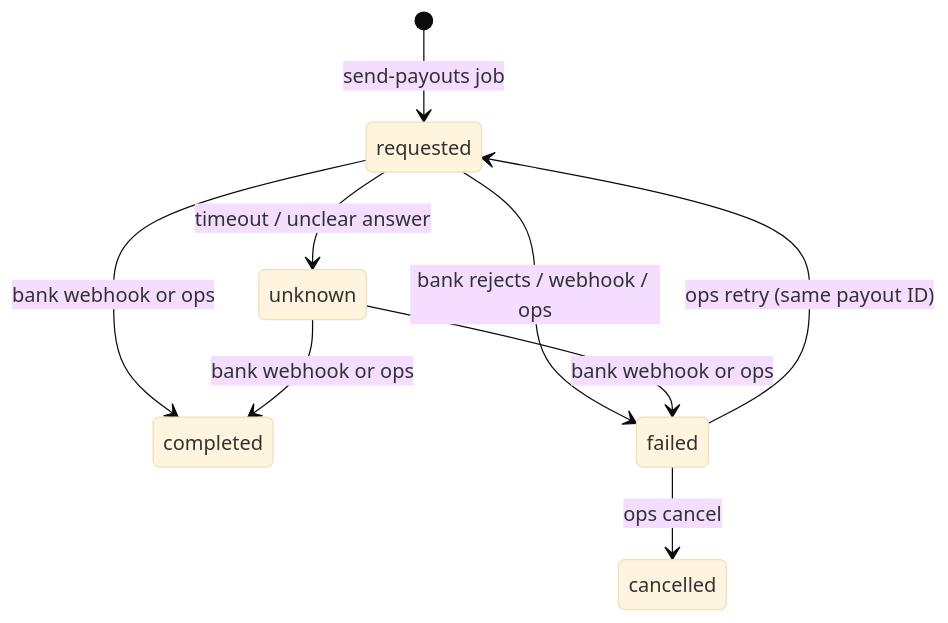
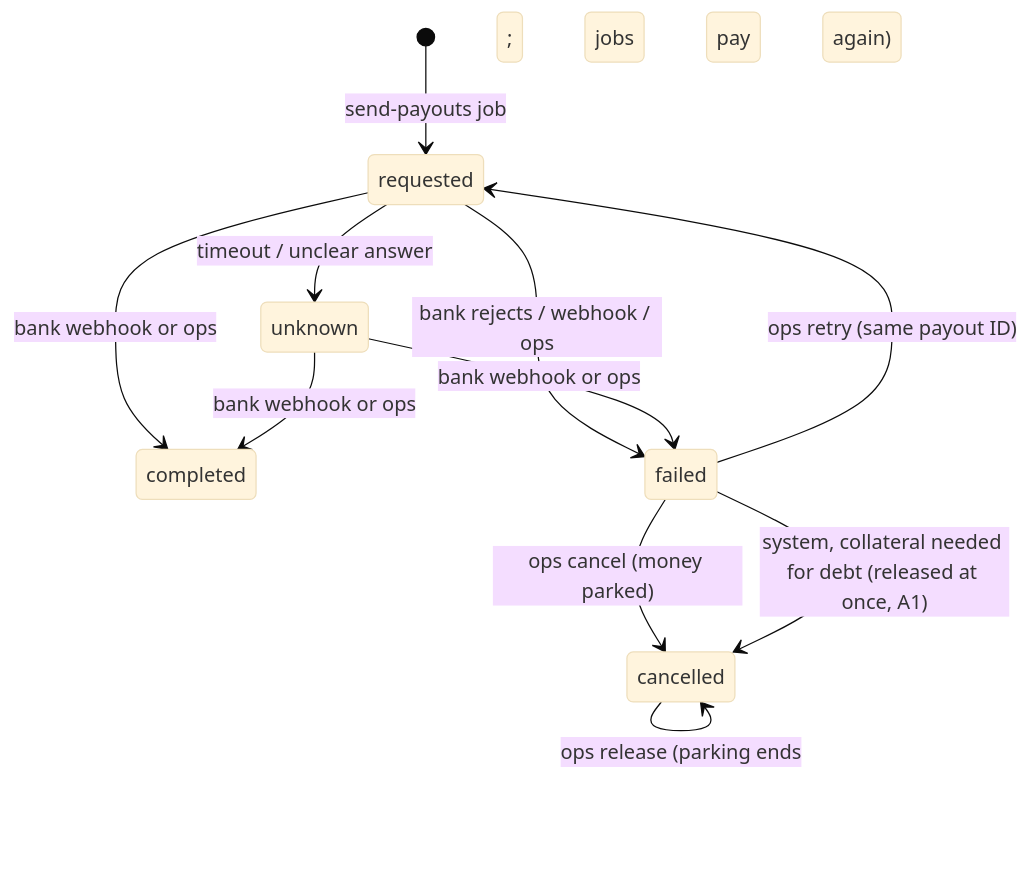
The second of 3 diagrams in docs/architecture.md (hacu9/beloz-challenge), drawn with Mermaid (base theme) before and after one commit. The commit also changed other lines of this file and 16 other files, not shown here.

First line of the commit message:
fix: money defects from the blind review; cancel parks payouts

````diff
--- a/docs/architecture.md
+++ b/docs/architecture.md
@@ -175,11 +179,13 @@
 ```mermaid
 stateDiagram-v2
   [*] --> requested: send-payouts job
   requested --> completed: bank webhook or ops
   requested --> failed: bank rejects / webhook / ops
   requested --> unknown: timeout / unclear answer
   unknown --> completed: bank webhook or ops
   unknown --> failed: bank webhook or ops
   failed --> requested: ops retry (same payout ID)
-  failed --> cancelled: ops cancel
+  failed --> cancelled: ops cancel (money parked)
+  failed --> cancelled: system, collateral needed for debt (released at once, A1)
+  cancelled --> cancelled: ops release (parking ends; jobs pay again)
 ```
````
